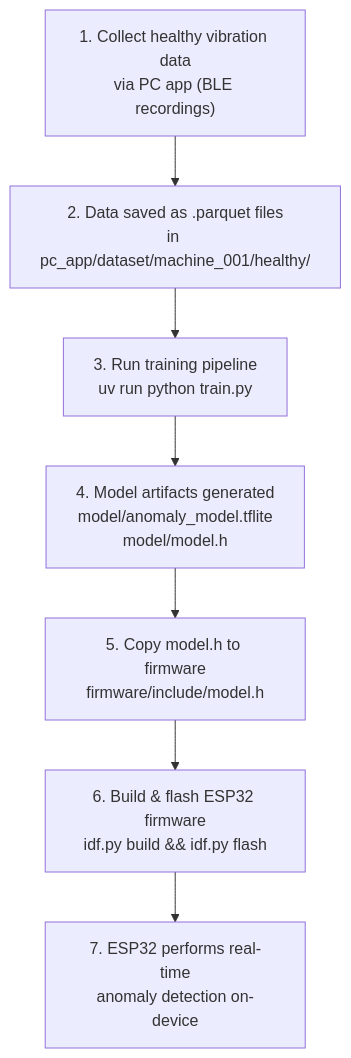
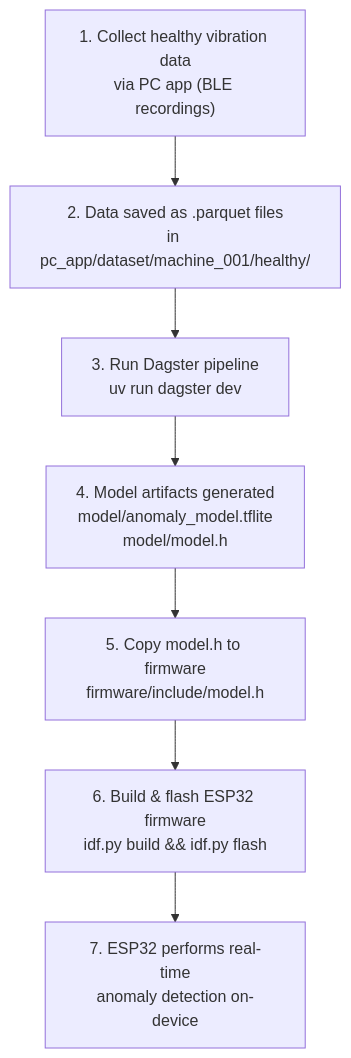
The fourth of 4 diagrams in modeling/README.md (Dilharajay/MechaVybe), drawn with Mermaid before and after one commit. The commit also changed other lines of this file and 1 other file, not shown here.

Commit message:
Update READMEs to reflect Dagster and MLflow modularization

````diff
--- a/modeling/README.md
+++ b/modeling/README.md
@@ -456,9 +450,9 @@
 ```mermaid
 flowchart TD
     A["1. Collect healthy vibration data\nvia PC app (BLE recordings)"] --> B["2. Data saved as .parquet files\nin pc_app/dataset/machine_001/healthy/"]
-    B --> C["3. Run training pipeline\nuv run python train.py"]
+    B --> C["3. Run Dagster pipeline\nuv run dagster dev"]
     C --> D["4. Model artifacts generated\nmodel/anomaly_model.tflite\nmodel/model.h"]
     D --> E["5. Copy model.h to firmware\nfirmware/include/model.h"]
     E --> F["6. Build & flash ESP32 firmware\nidf.py build && idf.py flash"]
     F --> G["7. ESP32 performs real-time\nanomaly detection on-device"]
 ```
````
